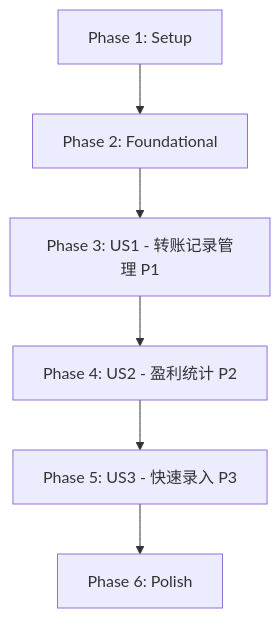
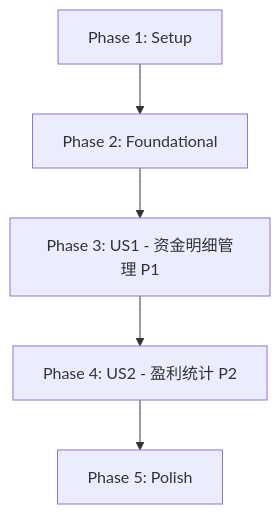
Before and after one commit to dolphinzb/StockAnalyzer: the diagram in specs/013-fund-management/tasks.md, drawn with Mermaid. The commit also changed other lines of this file and 19 other files, not shown here.

````diff
--- a/specs/013-fund-management/tasks.md
+++ b/specs/013-fund-management/tasks.md
@@ -11,8 +12,7 @@
 ```mermaid
 graph TD
     A[Phase 1: Setup] --> B[Phase 2: Foundational]
-    B --> C[Phase 3: US1 - 转账记录管理 P1]
+    B --> C[Phase 3: US1 - 资金明细管理 P1]
     C --> D[Phase 4: US2 - 盈利统计 P2]
-    D --> E[Phase 5: US3 - 快速录入 P3]
-    E --> F[Phase 6: Polish]
+    D --> E[Phase 5: Polish]
 ```
````
